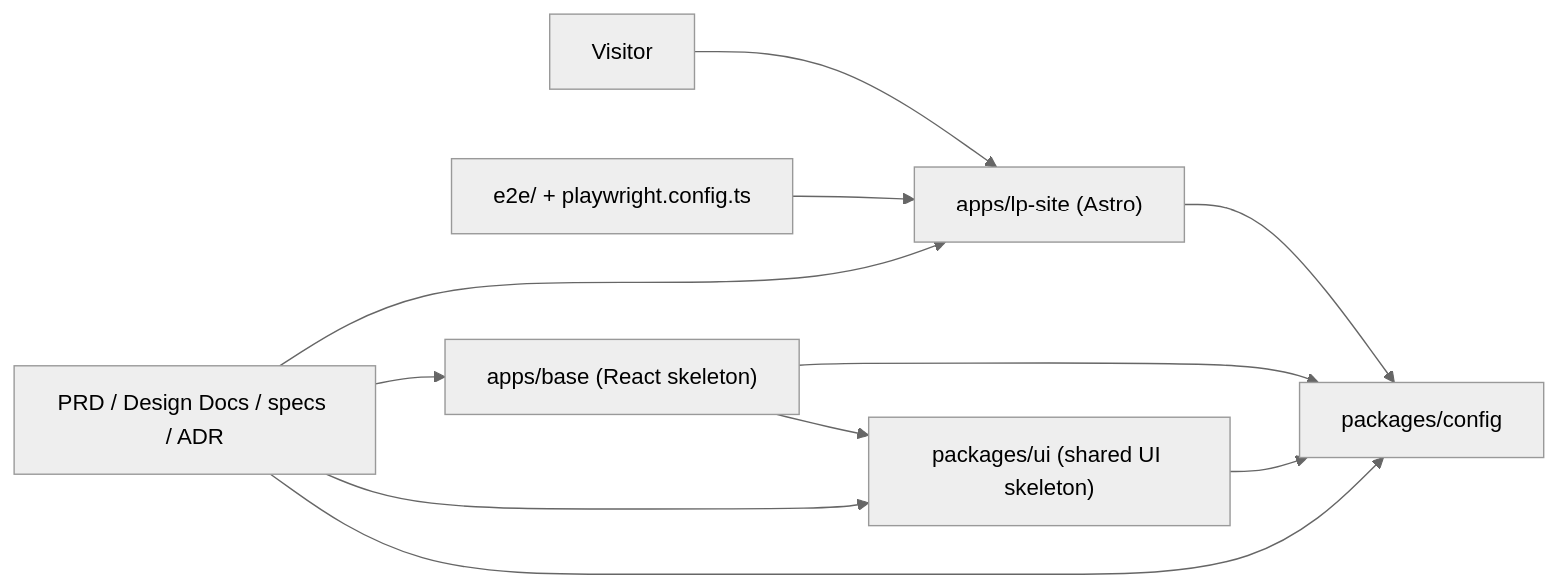
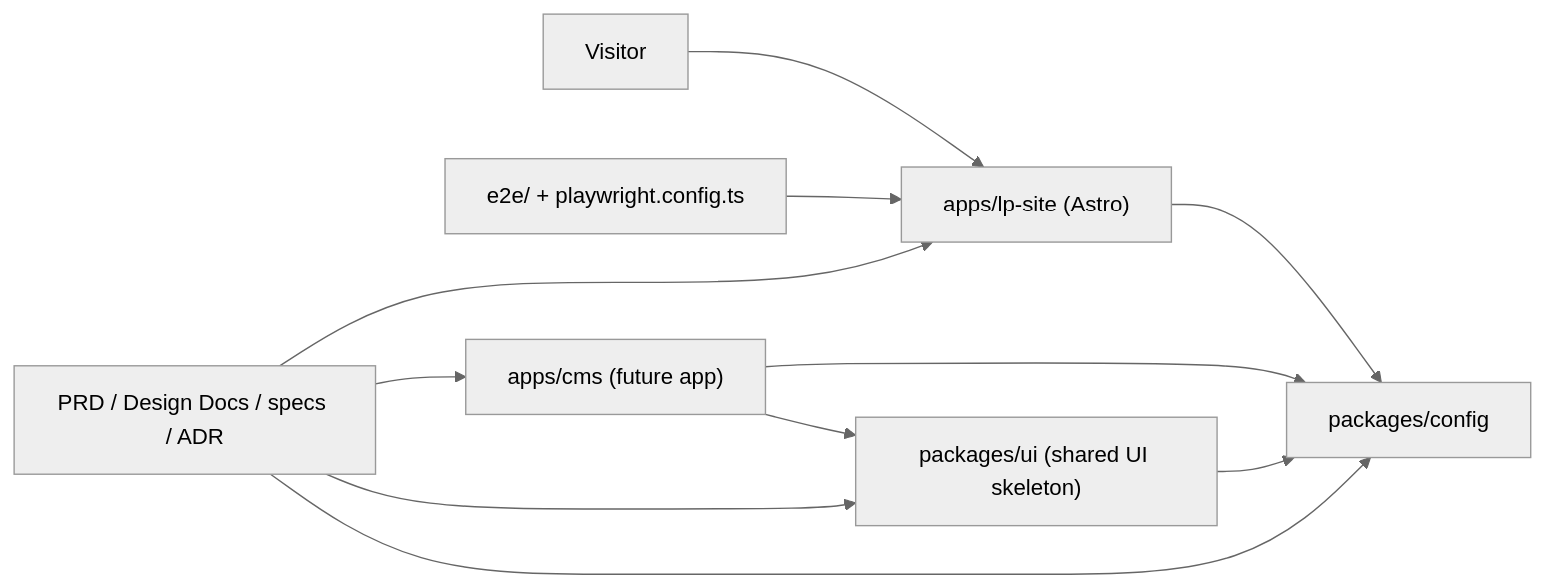
One commit to Fukuemon/kufu-apps changed the diagram in design/DesignDoc.md. Above: the diagram before and after it, drawn with Mermaid (neutral theme). The commit also changed other lines of this file and 8 other files, not shown here.

````diff
--- a/design/DesignDoc.md
+++ b/design/DesignDoc.md
@@ -56,21 +56,21 @@
 ```mermaid
 flowchart LR
     VISITOR["Visitor"]
     LP["apps/lp-site (Astro)"]
-    BASE["apps/base (React skeleton)"]
+    CMS["apps/cms (future app)"]
     UI["packages/ui (shared UI skeleton)"]
     CONFIG["packages/config"]
     E2E["e2e/ + playwright.config.ts"]
     DOCS["PRD / Design Docs / specs / ADR"]
 
     VISITOR --> LP
-    BASE --> UI
+    CMS --> UI
     LP --> CONFIG
-    BASE --> CONFIG
+    CMS --> CONFIG
     UI --> CONFIG
     E2E --> LP
     DOCS --> LP
-    DOCS --> BASE
+    DOCS --> CMS
     DOCS --> UI
     DOCS --> CONFIG
 ```
````
